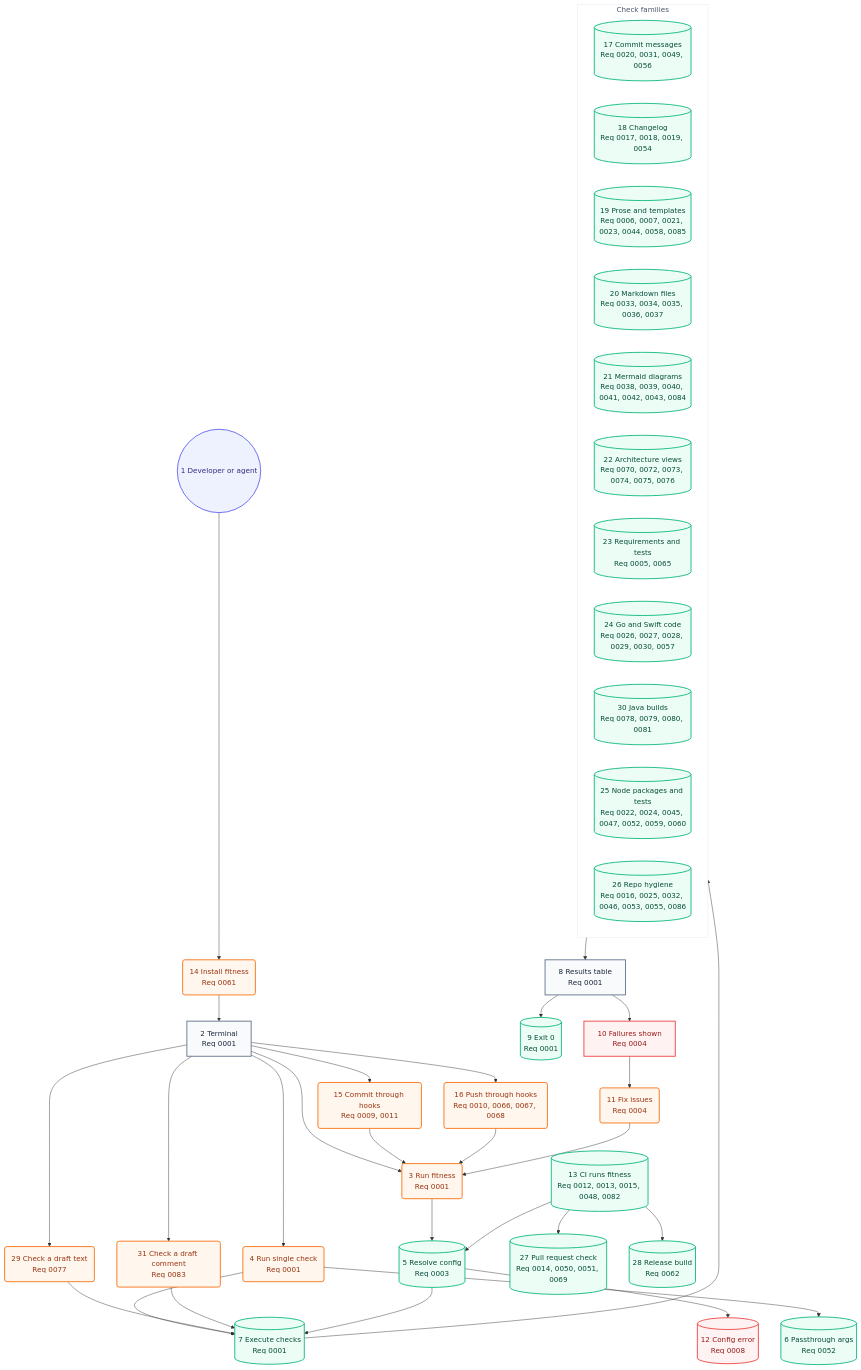
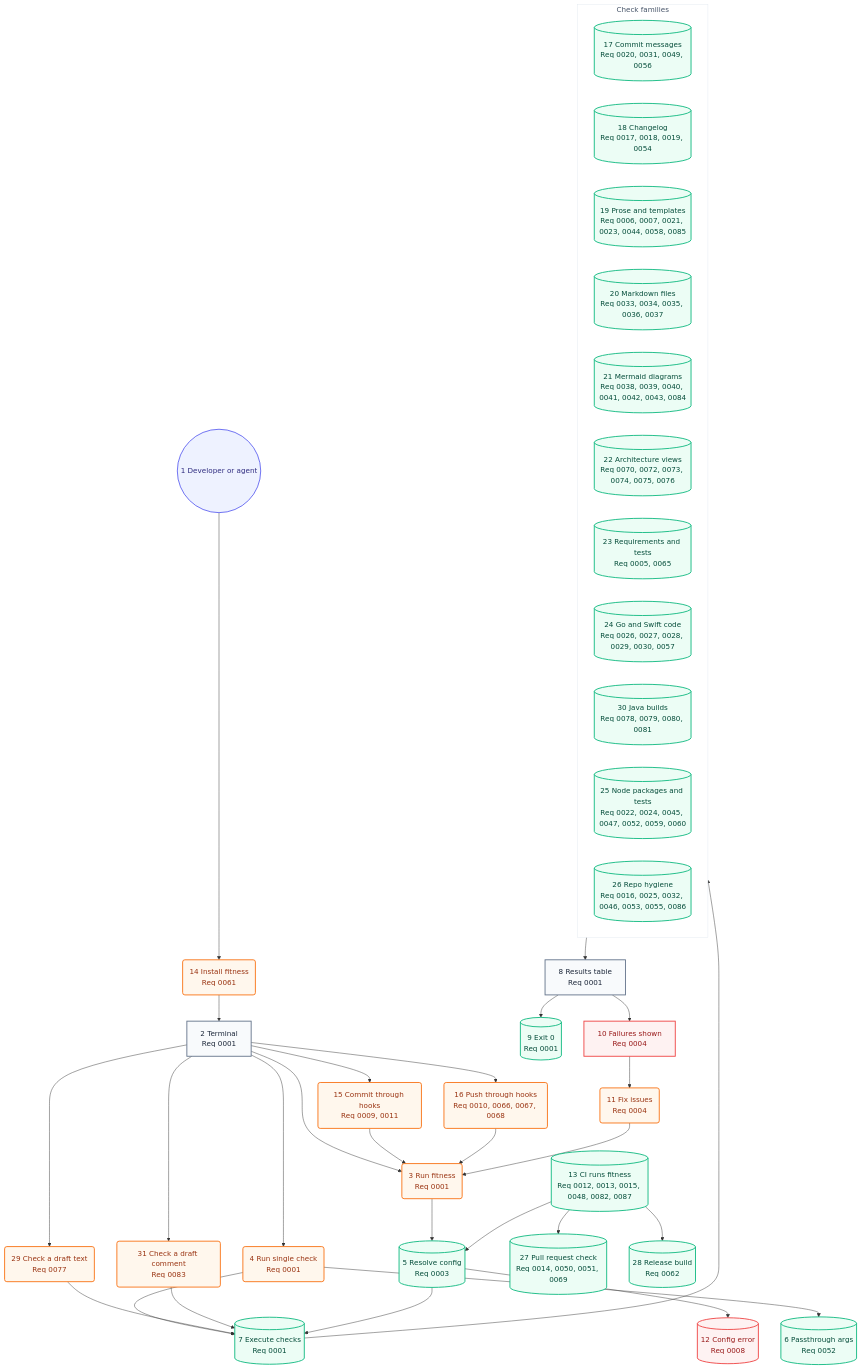
The second of 2 diagrams in docs/architecture/05-user-journey.md (may-journal/fitness-runner), drawn with Mermaid before and after one commit. The commit also changed other lines of this file and 18 other files, not shown here.

````diff
--- a/docs/architecture/05-user-journey.md
+++ b/docs/architecture/05-user-journey.md
@@ -40,73 +40,73 @@
 ```mermaid
 flowchart TB
     dev((1 Developer or agent)):::persona
     install(14 Install fitness<br/>Req 0061):::action
     terminal[2 Terminal<br/>Req 0001]:::screen
     runFull(3 Run fitness<br/>Req 0001):::action
     runSingle(4 Run single check<br/>Req 0001):::action
     runBlob(29 Check a draft text<br/>Req 0077):::action
     runComment(31 Check a draft comment<br/>Req 0083):::action
     commitHook(15 Commit through hooks<br/>Req 0009, 0011):::action
     pushHook(16 Push through hooks<br/>Req 0010, 0066, 0067, 0068):::action
     resolveConfig[(5 Resolve config<br/>Req 0003)]:::system
     passArgs[(6 Passthrough args<br/>Req 0052)]:::system
     executeChecks[(7 Execute checks<br/>Req 0001)]:::system
 
     subgraph checks["Check families"]
         commitChecks[(17 Commit messages<br/>Req 0020, 0031, 0049, 0056)]:::system
         changelogChecks[(18 Changelog<br/>Req 0017, 0018, 0019, 0054)]:::system
         proseChecks[(19 Prose and templates<br/>Req 0006, 0007, 0021, 0023, 0044, 0058, 0085)]:::system
         markdownChecks[(20 Markdown files<br/>Req 0033, 0034, 0035, 0036, 0037)]:::system
         mermaidChecks[(21 Mermaid diagrams<br/>Req 0038, 0039, 0040, 0041, 0042, 0043, 0084)]:::system
         architectureChecks[(22 Architecture views<br/>Req 0070, 0072, 0073, 0074, 0075, 0076)]:::system
         requirementChecks[(23 Requirements and tests<br/>Req 0005, 0065)]:::system
         goSwiftChecks[(24 Go and Swift code<br/>Req 0026, 0027, 0028, 0029, 0030, 0057)]:::system
         javaChecks[(30 Java builds<br/>Req 0078, 0079, 0080, 0081)]:::system
         nodeChecks[(25 Node packages and tests<br/>Req 0022, 0024, 0045, 0047, 0052, 0059, 0060)]:::system
         repoChecks[(26 Repo hygiene<br/>Req 0016, 0025, 0032, 0046, 0053, 0055, 0086)]:::system
     end
 
     resultsTable[8 Results table<br/>Req 0001]:::screen
     exitZero[(9 Exit 0<br/>Req 0001)]:::system
     failuresShown[10 Failures shown<br/>Req 0004]:::blocked
     fixIssues(11 Fix issues<br/>Req 0004):::action
     configError[(12 Config error<br/>Req 0008)]:::blocked
-    ciRun[(13 CI runs fitness<br/>Req 0012, 0013, 0015, 0048, 0082)]:::system
+    ciRun[(13 CI runs fitness<br/>Req 0012, 0013, 0015, 0048, 0082, 0087)]:::system
     prCheck[(27 Pull request check<br/>Req 0014, 0050, 0051, 0069)]:::system
     release[(28 Release build<br/>Req 0062)]:::system
 
     dev --> install
     install --> terminal
     terminal --> runFull
     terminal --> runSingle
     terminal --> commitHook
     terminal --> pushHook
     terminal --> runBlob
     terminal --> runComment
     commitHook --> runFull
     pushHook --> runFull
     runFull --> resolveConfig
     runSingle --> executeChecks
     runSingle --> passArgs
     runBlob --> executeChecks
     runComment --> executeChecks
     resolveConfig --> executeChecks
     resolveConfig --> configError
     executeChecks --> checks
     checks --> resultsTable
     resultsTable --> exitZero
     resultsTable --> failuresShown
     failuresShown --> fixIssues
     fixIssues --> runFull
     ciRun --> resolveConfig
     ciRun --> prCheck
     ciRun --> release
 
     classDef persona fill:#eef2ff,stroke:#6366f1,color:#312e81,stroke-width:2px
     classDef screen fill:#f8fafc,stroke:#64748b,color:#1e293b,stroke-width:2px
     classDef action fill:#fff7ed,stroke:#f97316,color:#9a3412,stroke-width:2px
     classDef system fill:#ecfdf5,stroke:#10b981,color:#064e3b,stroke-width:2px
     classDef blocked fill:#fef2f2,stroke:#ef4444,color:#991b1b,stroke-width:2px
 
     style checks fill:#ffffff,stroke:#e2e8f0,color:#475569,stroke-width:1px
 ```
````
